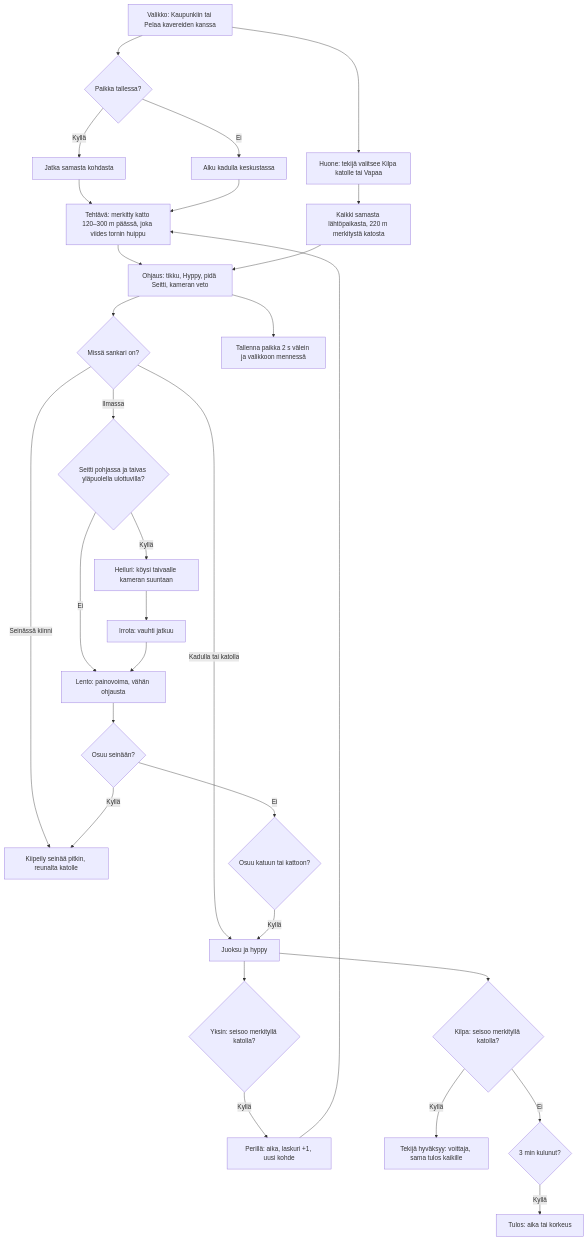
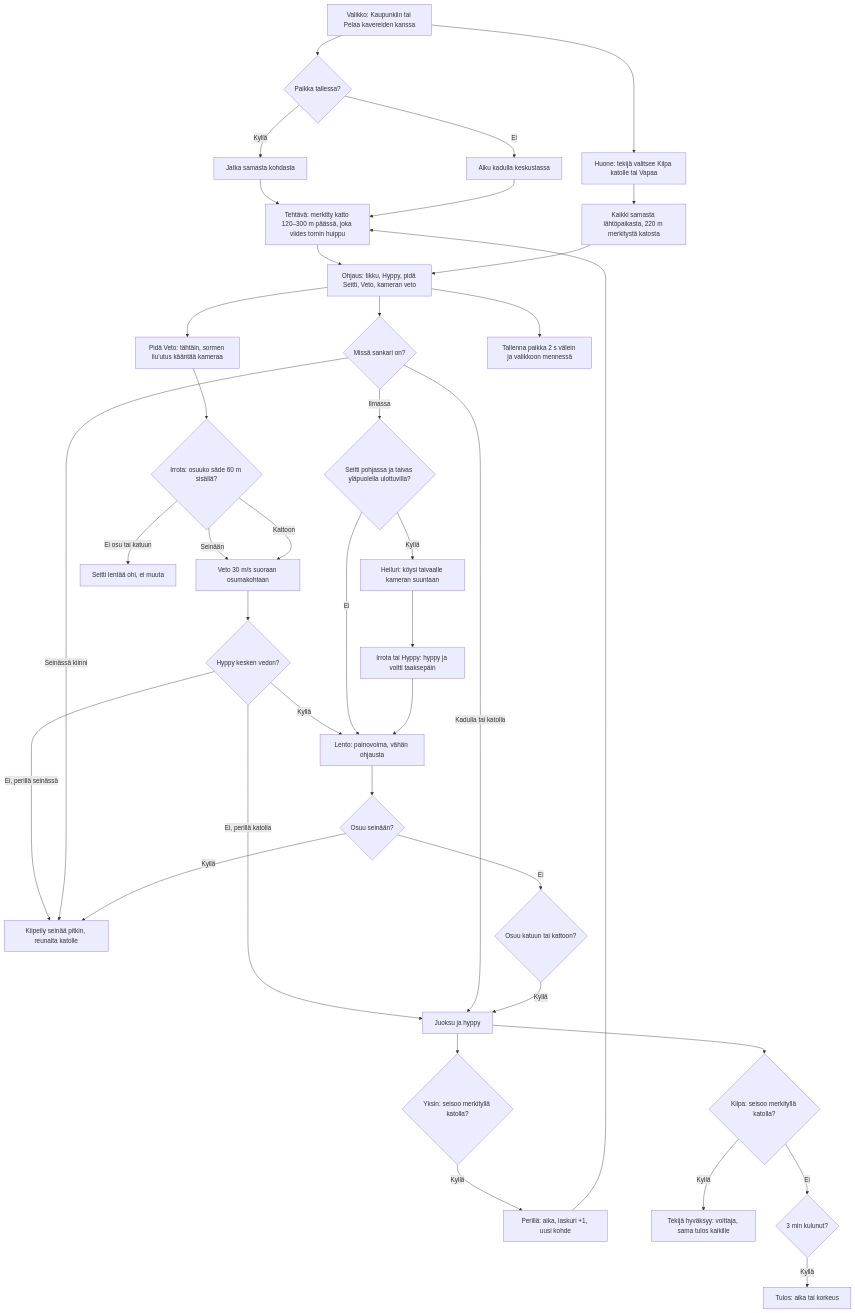
Before and after one commit to eerovil/ai-pelit: the diagram in docs/diagrams/seittisankari.md, drawn with Mermaid. The commit also changed other lines of this file and 7 other files, not shown here.

````diff
--- a/docs/diagrams/seittisankari.md
+++ b/docs/diagrams/seittisankari.md
@@ -5,38 +5,48 @@
 ```mermaid
 flowchart TD
     A[Valikko: Kaupunkiin tai Pelaa kavereiden kanssa] --> B{Paikka tallessa?}
     B -- Kyllä --> C[Jatka samasta kohdasta]
     B -- Ei --> D[Alku kadulla keskustassa]
     C --> Y
     D --> Y[Tehtävä: merkitty katto 120–300 m päässä, joka viides tornin huippu]
-    Y --> E[Ohjaus: tikku, Hyppy, pidä Seitti, kameran veto]
+    Y --> E[Ohjaus: tikku, Hyppy, pidä Seitti, Veto, kameran veto]
+    E --> P1[Pidä Veto: tähtäin, sormen liu'utus kääntää kameraa]
+    P1 --> P2{Irrota: osuuko säde 60 m sisällä?}
+    P2 -- Seinään --> P3[Veto 30 m/s suoraan osumakohtaan]
+    P2 -- Kattoon --> P3
+    P2 -- Ei osu tai katuun --> P4[Seitti lentää ohi, ei muuta]
+    P3 --> P5{Hyppy kesken vedon?}
+    P5 -- Kyllä --> K
+    P5 -- Ei, perillä seinässä --> H
+    P5 -- Ei, perillä katolla --> G
     E --> F{Missä sankari on?}
     F -- Kadulla tai katolla --> G[Juoksu ja hyppy]
     F -- Seinässä kiinni --> H[Kiipeily seinää pitkin, reunalta katolle]
     F -- Ilmassa --> I{Seitti pohjassa ja taivas yläpuolella ulottuvilla?}
     I -- Kyllä --> J[Heiluri: köysi taivaalle kameran suuntaan]
     I -- Ei --> K[Lento: painovoima, vähän ohjausta]
-    J --> L[Irrota: vauhti jatkuu]
+    J --> L[Irrota tai Hyppy: hyppy ja voltti taaksepäin]
     L --> K
     K --> M{Osuu seinään?}
     M -- Kyllä --> H
     M -- Ei --> N{Osuu katuun tai kattoon?}
     N -- Kyllä --> G
     E --> T[Tallenna paikka 2 s välein ja valikkoon mennessä]
     A --> R[Huone: tekijä valitsee Kilpa katolle tai Vapaa]
     R --> S[Kaikki samasta lähtöpaikasta, 220 m merkitystä katosta]
     S --> E
     G --> Z{Yksin: seisoo merkityllä katolla?}
     Z -- Kyllä --> ZA[Perillä: aika, laskuri +1, uusi kohde]
     ZA --> Y
     G --> U{Kilpa: seisoo merkityllä katolla?}
     U -- Kyllä --> V[Tekijä hyväksyy: voittaja, sama tulos kaikille]
     U -- Ei --> W{3 min kulunut?}
     W -- Kyllä --> X[Tulos: aika tai korkeus]
     class A,B,C,D blue
     class Y,Z,ZA rose
     class E,G,H violet
     class I,J,K,L,M,N teal
+    class P1,P2,P3,P4,P5 teal
     class R,S,U,V,W,X green
     class T amber
 ```
````
